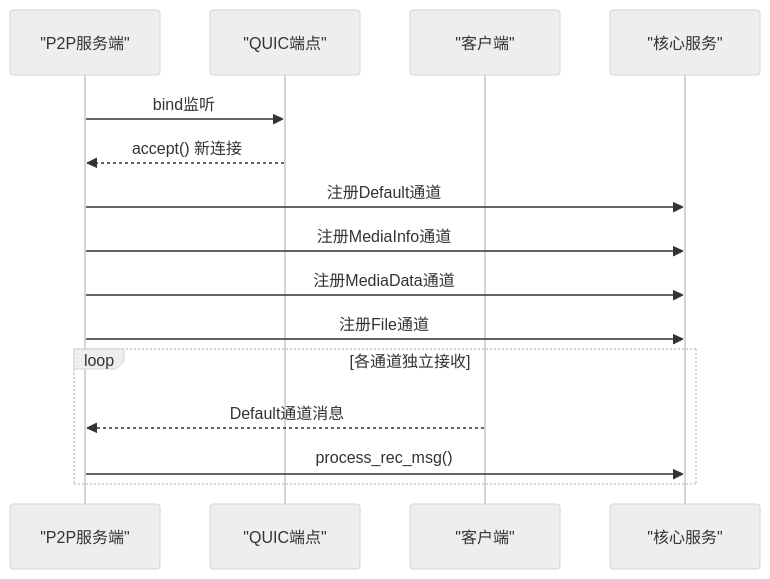
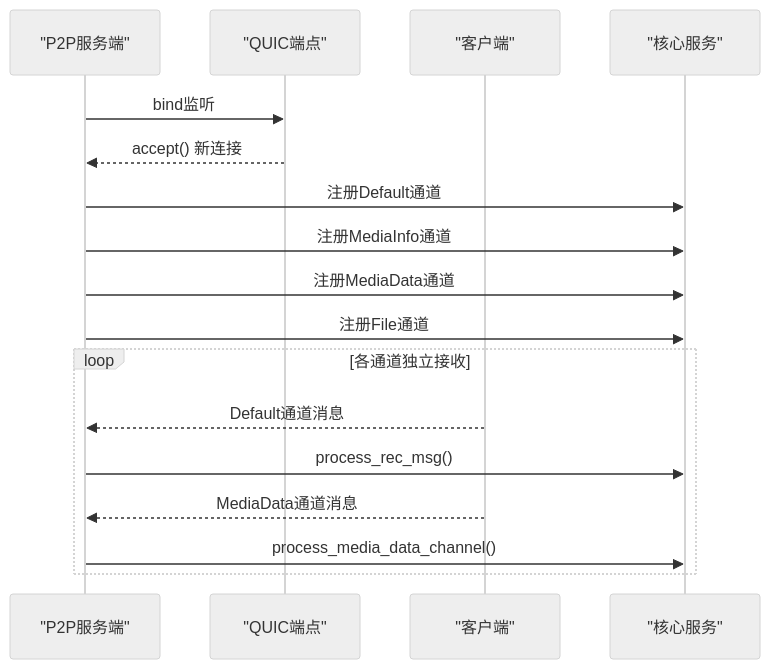
One commit to nicolastinger/only-talk-app changed the eighth of 17 diagrams in .qoder/repowiki/zh/content/后端服务/P2P服务.md. Above: the diagram before and after it, drawn with Mermaid (neutral theme). The commit also changed other lines of this file and 5 other files, not shown here.

````diff
--- a/.qoder/repowiki/zh/content/后端服务/P2P服务.md
+++ b/.qoder/repowiki/zh/content/后端服务/P2P服务.md
@@ -369,17 +399,19 @@
 ```mermaid
 sequenceDiagram
 participant SRV as "P2P服务端"
 participant EP as "QUIC端点"
 participant CLI as "客户端"
 participant CORE as "核心服务"
 SRV->>EP : bind监听
 EP-->>SRV : accept() 新连接
 SRV->>CORE : 注册Default通道
 SRV->>CORE : 注册MediaInfo通道
 SRV->>CORE : 注册MediaData通道
 SRV->>CORE : 注册File通道
 loop 各通道独立接收
 CLI-->>SRV : Default通道消息
 SRV->>CORE : process_rec_msg()
+CLI-->>SRV : MediaData通道消息
+SRV->>CORE : process_media_data_channel()
 end
 ```
````
